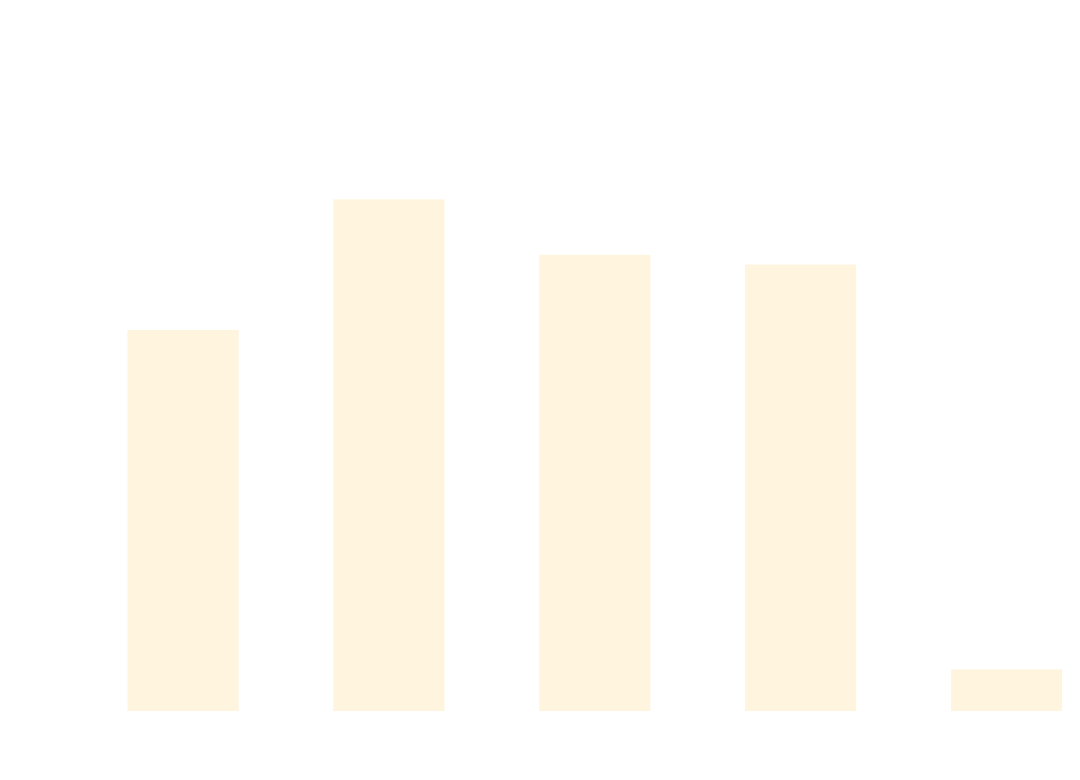
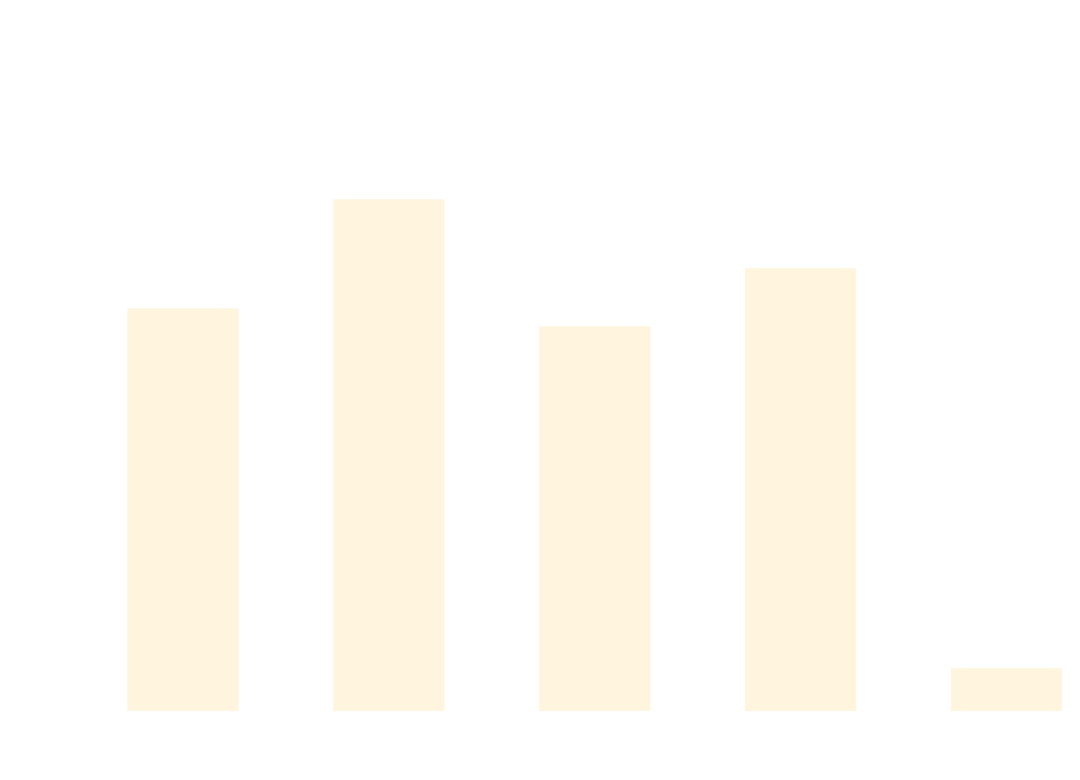
One commit to thomhurst/TUnit changed the diagram in docs/docs/benchmarks/ScaleTests.md. Above: the diagram before and after it, drawn with Mermaid. The commit also changed other lines of this file and 17 other files, not shown here.

````diff
--- a/docs/docs/benchmarks/ScaleTests.md
+++ b/docs/docs/benchmarks/ScaleTests.md
@@ -27,37 +27,37 @@
 ```mermaid
 %%{init: {
   'theme':'base',
   'themeVariables': {
     'primaryColor': '#2563eb',
     'primaryTextColor': '#ffffff',
     'primaryBorderColor': '#1e40af',
     'lineColor': '#6b7280',
     'secondaryColor': '#7c3aed',
     'tertiaryColor': '#dc2626',
     'background': '#ffffff',
     'mainBkg': '#2563eb',
     'secondBkg': '#7c3aed',
     'tertiaryBkg': '#dc2626',
     'clusterBkg': '#f3f4f6',
     'edgeLabelBackground': '#ffffff',
     'tertiaryTextColor': '#1f2937',
     'pie1': '#2563eb',
     'pie2': '#7c3aed',
     'pie3': '#dc2626',
     'pie4': '#f59e0b',
     'pie5': '#10b981',
     'pie6': '#06b6d4',
     'pie7': '#ec4899',
     'pie8': '#6366f1',
     'pie9': '#84cc16',
     'pie10': '#f97316',
     'pie11': '#14b8a6',
     'pie12': '#a855f7'
   }
 }}%%
 xychart-beta
   title "ScaleTests Performance Comparison"
   x-axis ["TUnit", "NUnit", "MSTest", "xUnit3", "TUnit_AOT"]
-  y-axis "Time (ms)" 0 --> 844
-  bar [518.42, 703.22, 624.8, 611.02, 38.6]
+  y-axis "Time (ms)" 0 --> 811
+  bar [527.68, 675.76, 503.36, 582.07, 38.71]
 ```
````
